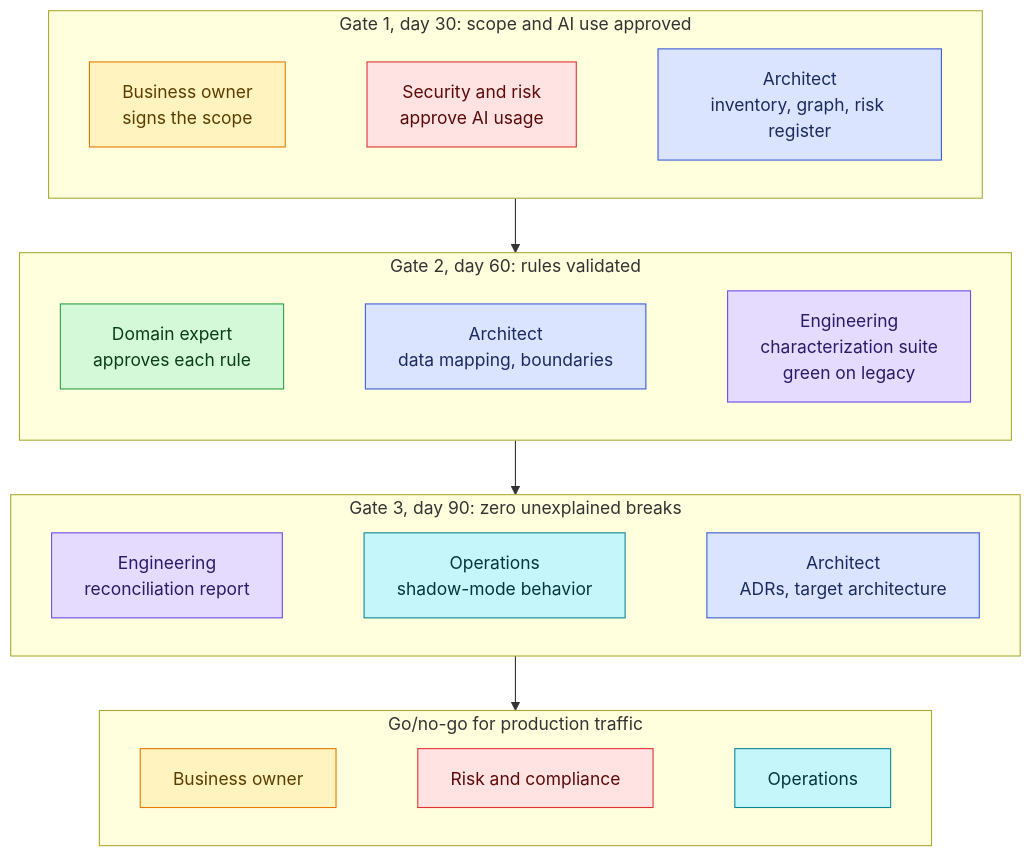
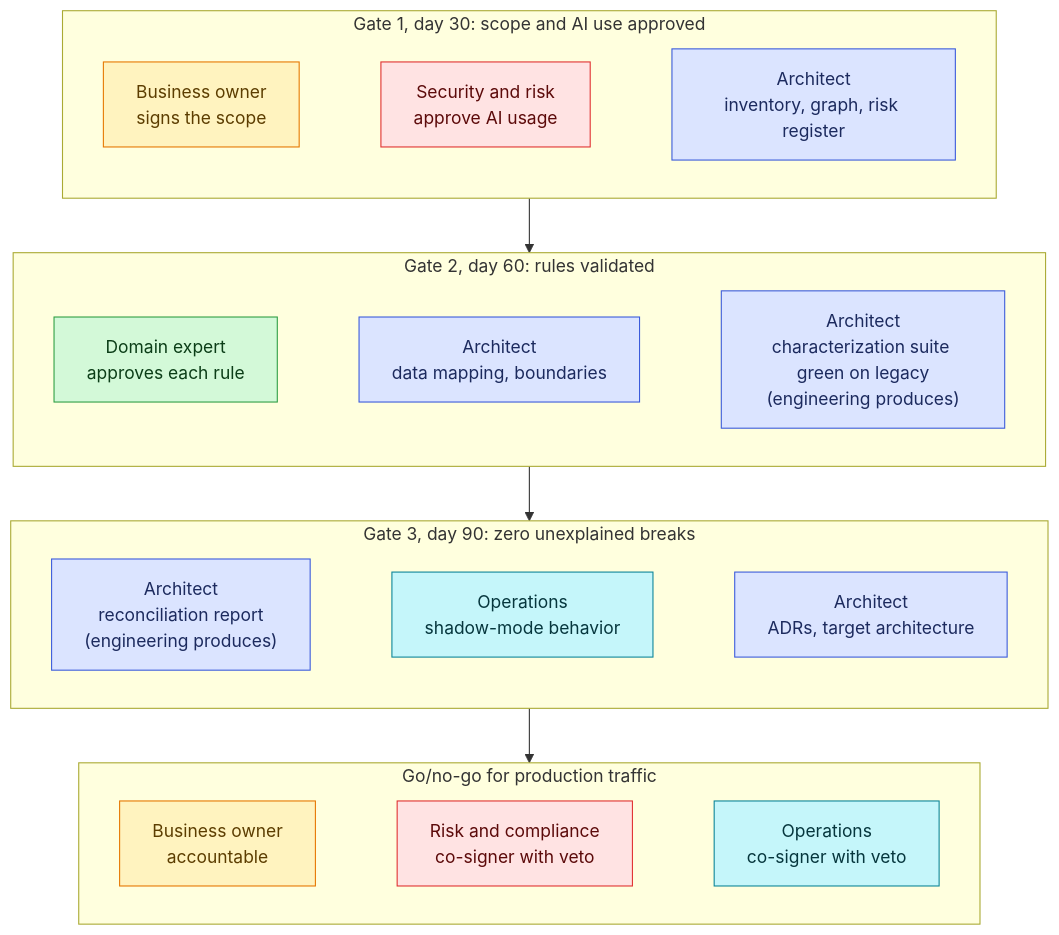
Before and after one commit to wallaceespindola/banking-modernization-with-ai: the diagram in docs/articles/dzone/diagrams/gate-signoffs.mmd, drawn with Mermaid. The commit also changed 34 other files, not shown here.

First line of the commit message:
Apply series review fixes across articles, diagrams and deck

```diff
--- a/docs/articles/dzone/diagrams/gate-signoffs.mmd
+++ b/docs/articles/dzone/diagrams/gate-signoffs.mmd
@@ -1,43 +1,41 @@
 flowchart TB
     subgraph G1["Gate 1, day 30: scope and AI use approved"]
         direction LR
         G1A["Business owner<br/>signs the scope"]
         G1B["Security and risk<br/>approve AI usage"]
         G1C["Architect<br/>inventory, graph, risk register"]
         G1A ~~~ G1B ~~~ G1C
     end
     subgraph G2["Gate 2, day 60: rules validated"]
         direction LR
         G2A["Domain expert<br/>approves each rule"]
         G2B["Architect<br/>data mapping, boundaries"]
-        G2C["Engineering<br/>characterization suite<br/>green on legacy"]
+        G2C["Architect<br/>characterization suite green on legacy<br/>(engineering produces)"]
         G2A ~~~ G2B ~~~ G2C
     end
     subgraph G3["Gate 3, day 90: zero unexplained breaks"]
         direction LR
-        G3A["Engineering<br/>reconciliation report"]
+        G3A["Architect<br/>reconciliation report<br/>(engineering produces)"]
         G3B["Operations<br/>shadow-mode behavior"]
         G3C["Architect<br/>ADRs, target architecture"]
         G3A ~~~ G3B ~~~ G3C
     end
     subgraph GO["Go/no-go for production traffic"]
         direction LR
-        GOA["Business owner"]
-        GOB["Risk and compliance"]
-        GOC["Operations"]
+        GOA["Business owner<br/>accountable"]
+        GOB["Risk and compliance<br/>co-signer with veto"]
+        GOC["Operations<br/>co-signer with veto"]
         GOA ~~~ GOB ~~~ GOC
     end
     G1 --> G2 --> G3 --> GO
 
     classDef arch fill:#dbe4ff,stroke:#3b5bdb,color:#1c2a5e
     classDef biz fill:#fff3bf,stroke:#e67700,color:#5c3d00
     classDef dom fill:#d3f9d8,stroke:#2f9e44,color:#0b3d17
-    classDef eng fill:#e5dbff,stroke:#7048e8,color:#2b1a66
     classDef risk fill:#ffe3e3,stroke:#e03131,color:#5c0a0a
     classDef ops fill:#c5f6fa,stroke:#0c8599,color:#06363d
-    class G1C,G2B,G3C arch
+    class G1C,G2B,G2C,G3A,G3C arch
     class G1A,GOA biz
     class G2A dom
-    class G2C,G3A eng
     class G1B,GOB risk
     class G3B,GOC ops
```
